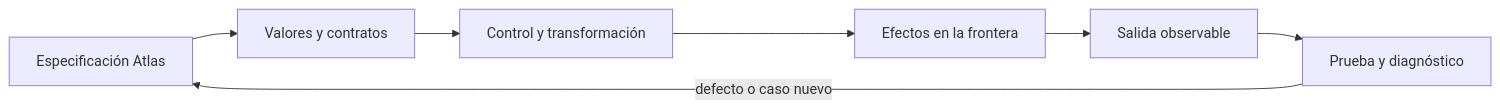
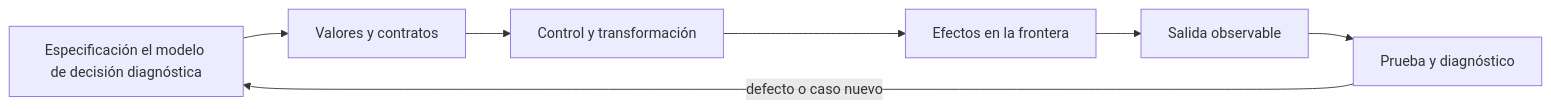
Before and after one commit to vladimiracunadev-create/modern-software-engineering-program: the diagram in content/part-05/SE-061.md, drawn with Mermaid. The commit also changed other lines of this file and 14 other files, not shown here.

````diff
--- a/content/part-05/SE-061.md
+++ b/content/part-05/SE-061.md
@@ -27,9 +48,9 @@
 ```mermaid
 flowchart LR
-    S[Especificación Atlas] --> V[Valores y contratos]
+    S[Especificación el modelo de decisión diagnóstica] --> V[Valores y contratos]
     V --> C[Control y transformación]
     C --> E[Efectos en la frontera]
     E --> O[Salida observable]
     O --> T[Prueba y diagnóstico]
     T -->|defecto o caso nuevo| S
 ```
````
